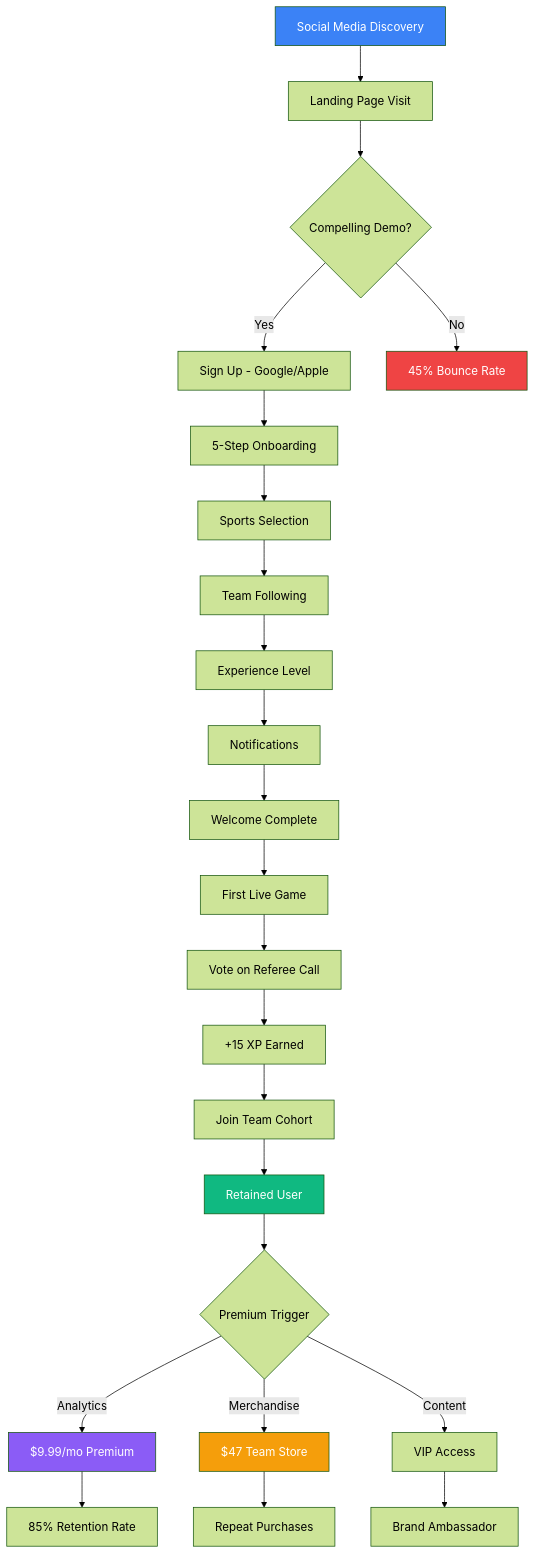
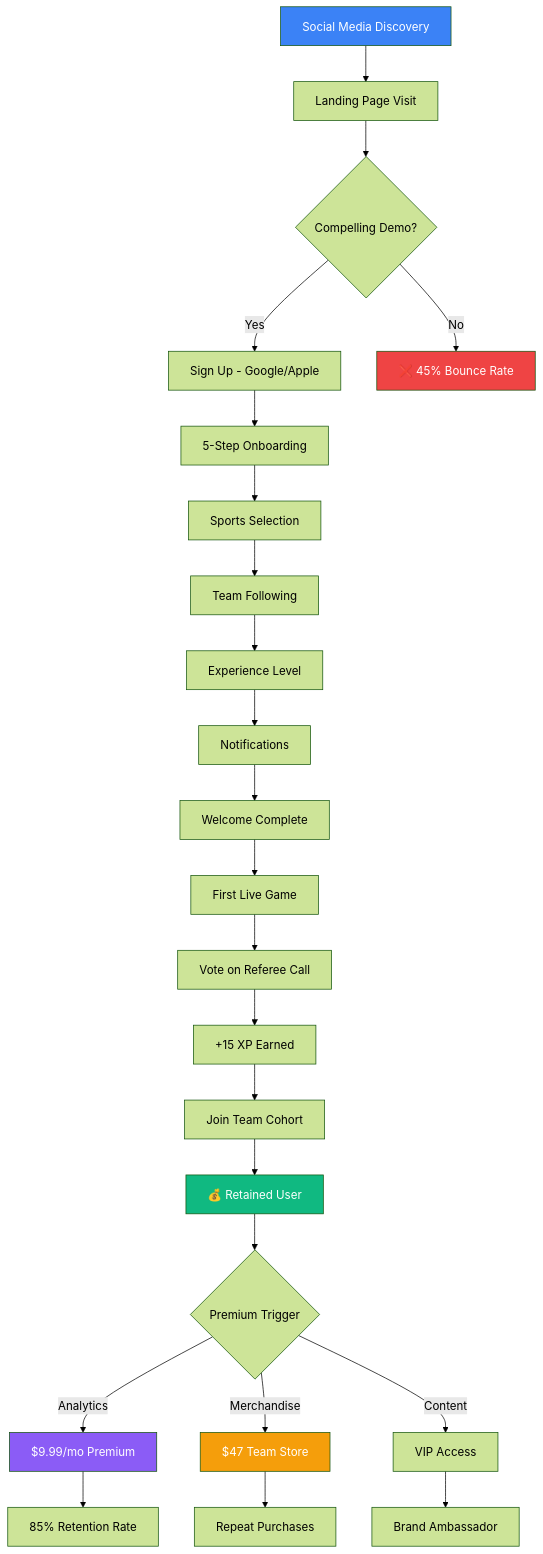
The first of 9 diagrams in docs/investor-flows.md (SkaFld-Ignite/ref-u-wireframes), drawn with Mermaid (forest theme) before and after one commit. The commit also changed other lines of this file and 2 other files, not shown here.

Commit message:
Restore proper emojis and add back colors to Mermaid flow charts

````diff
--- a/docs/investor-flows.md
+++ b/docs/investor-flows.md
@@ -11,35 +13,35 @@
 ```mermaid
 graph TD
     A[Social Media Discovery] --> B[Landing Page Visit]
     B --> C{Compelling Demo?}
     C -->|Yes| D[Sign Up - Google/Apple]
-    C -->|No| X[ 45% Bounce Rate]
+    C -->|No| X[❌ 45% Bounce Rate]
     
     D --> E[5-Step Onboarding]
     E --> F[Sports Selection]
     F --> G[Team Following]
     G --> H[Experience Level]
     H --> I[Notifications]
     I --> J[Welcome Complete]
     
     J --> K[First Live Game]
     K --> L[Vote on Referee Call]
     L --> M[+15 XP Earned]
     M --> N[Join Team Cohort]
-    N --> O[ Retained User]
+    N --> O[💰 Retained User]
     
     O --> P{Premium Trigger}
     P -->|Analytics| Q[$9.99/mo Premium]
     P -->|Merchandise| R[$47 Team Store]
     P -->|Content| S[VIP Access]
     
     Q --> T[85% Retention Rate]
     R --> U[Repeat Purchases]
     S --> V[Brand Ambassador]
     
     style A fill:#3b82f6,color:white
     style O fill:#10b981,color:white
     style Q fill:#8b5cf6,color:white
     style R fill:#f59e0b,color:white
     style X fill:#ef4444,color:white
 ```
````
